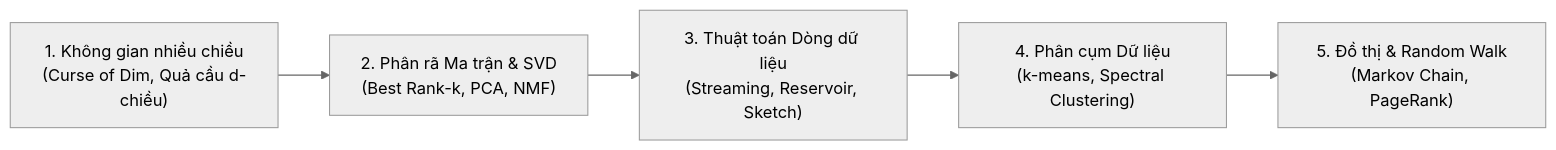
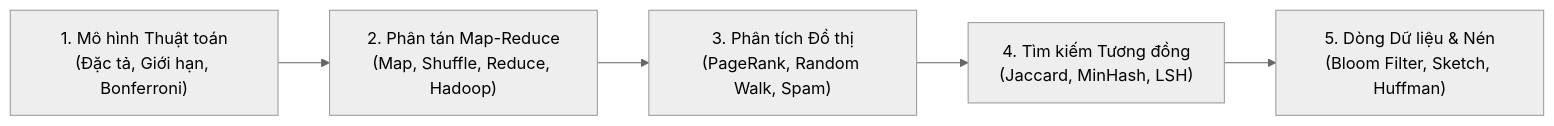
One commit to KazinMintori/StudyHub changed the diagram in docs/giai-thuat-du-lieu/index.md. Above: the diagram before and after it, drawn with Mermaid (neutral theme). The commit also changed other lines of this file and 6 other files, not shown here.

````diff
--- a/docs/giai-thuat-du-lieu/index.md
+++ b/docs/giai-thuat-du-lieu/index.md
@@ -9,7 +9,7 @@
 ```mermaid
 flowchart LR
-    A["1. Không gian nhiều chiều<br/>(Curse of Dim, Quả cầu d-chiều)"] --> B["2. Phân rã Ma trận & SVD<br/>(Best Rank-k, PCA, NMF)"]
-    B --> C["3. Thuật toán Dòng dữ liệu<br/>(Streaming, Reservoir, Sketch)"]
-    C --> D["4. Phân cụm Dữ liệu<br/>(k-means, Spectral Clustering)"]
-    D --> E["5. Đồ thị & Random Walk<br/>(Markov Chain, PageRank)"]
+    A["1. Mô hình Thuật toán<br/>(Đặc tả, Giới hạn, Bonferroni)"] --> B["2. Phân tán Map-Reduce<br/>(Map, Shuffle, Reduce, Hadoop)"]
+    B --> C["3. Phân tích Đồ thị<br/>(PageRank, Random Walk, Spam)"]
+    C --> D["4. Tìm kiếm Tương đồng<br/>(Jaccard, MinHash, LSH)"]
+    D --> E["5. Dòng Dữ liệu & Nén<br/>(Bloom Filter, Sketch, Huffman)"]
 ```
````
